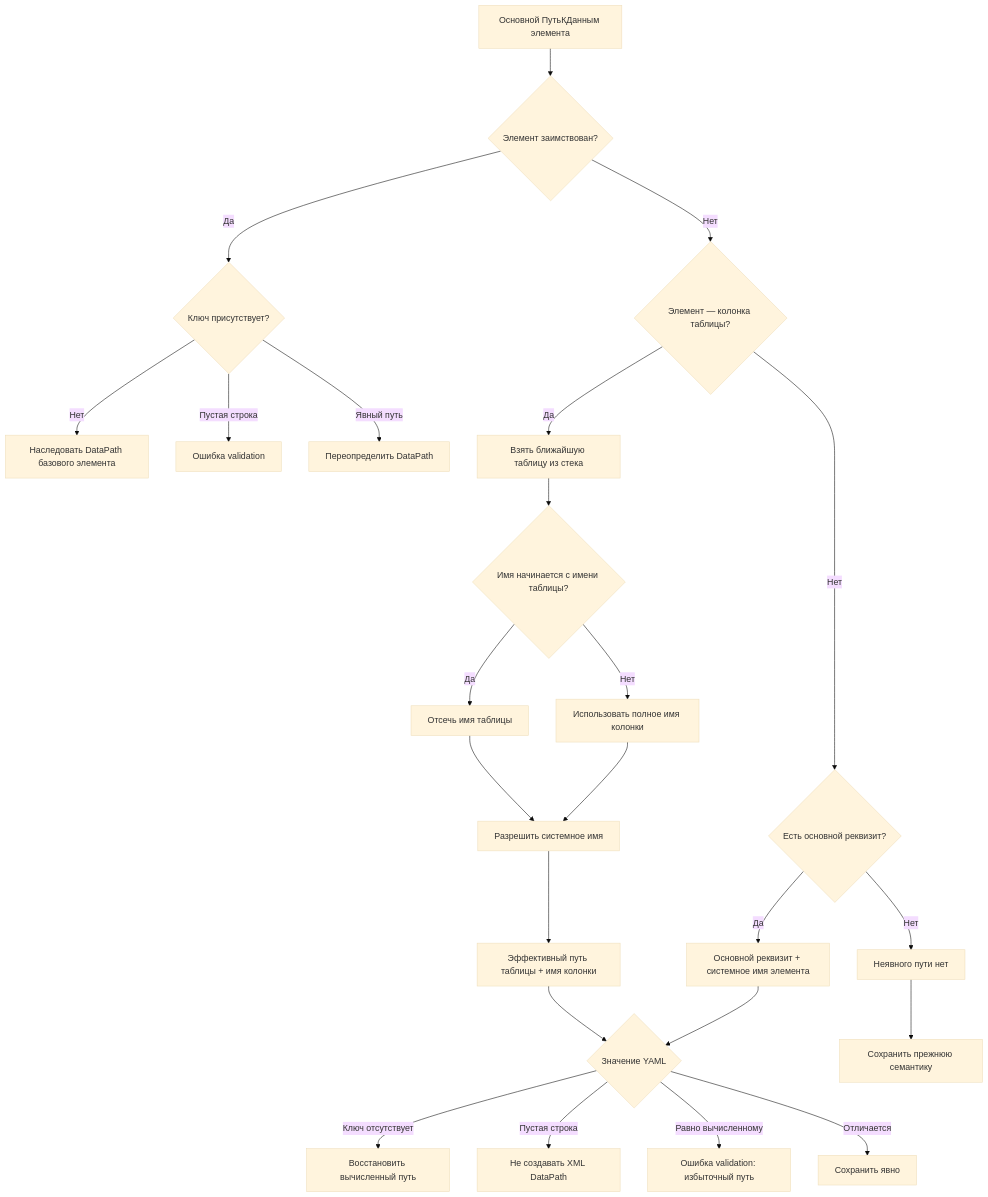
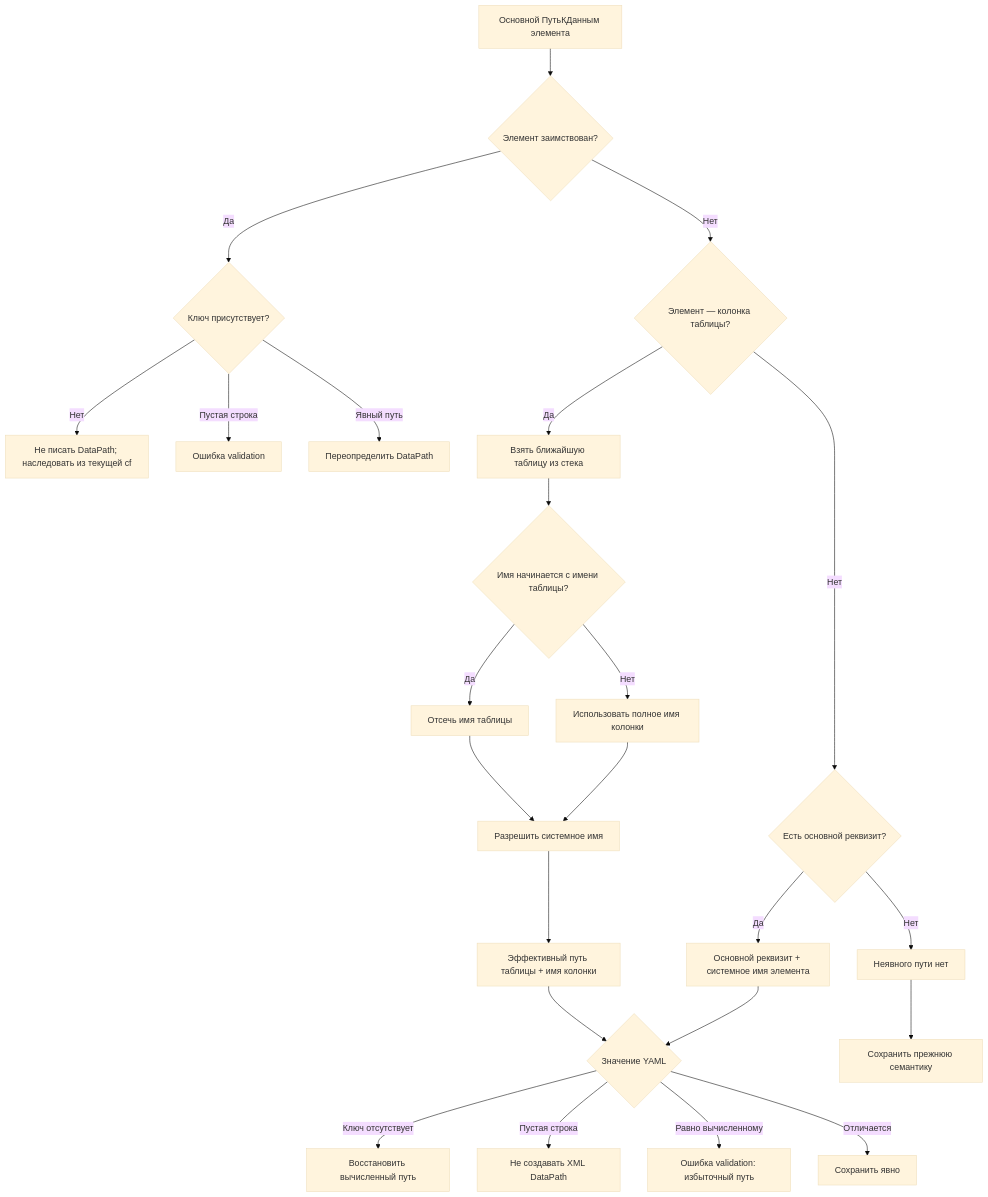
One commit to crimsongoldteam/nkdk changed the diagram in docs/superpowers/specs/2026-08-09-implicit-form-data-paths-design.md. Above: the diagram before and after it, drawn with Mermaid (base theme). The commit also changed other lines of this file, not shown here.

````diff
--- a/docs/superpowers/specs/2026-08-09-implicit-form-data-paths-design.md
+++ b/docs/superpowers/specs/2026-08-09-implicit-form-data-paths-design.md
@@ -235,29 +261,29 @@
 ```mermaid
 flowchart TD
     A["Основной ПутьКДанным элемента"] --> B{"Элемент заимствован?"}
     B -->|Да| C{"Ключ присутствует?"}
-    C -->|Нет| D["Наследовать DataPath базового элемента"]
+    C -->|Нет| D["Не писать DataPath; наследовать из текущей cf"]
     C -->|Пустая строка| E["Ошибка validation"]
     C -->|Явный путь| F["Переопределить DataPath"]
 
     B -->|Нет| G{"Элемент — колонка таблицы?"}
     G -->|Да| H["Взять ближайшую таблицу из стека"]
     H --> I{"Имя начинается с имени таблицы?"}
     I -->|Да| J["Отсечь имя таблицы"]
     I -->|Нет| K["Использовать полное имя колонки"]
     J --> L["Разрешить системное имя"]
     K --> L
     L --> M["Эффективный путь таблицы + имя колонки"]
 
     G -->|Нет| N{"Есть основной реквизит?"}
     N -->|Да| O["Основной реквизит + системное имя элемента"]
     N -->|Нет| P["Неявного пути нет"]
     P --> V["Сохранить прежнюю семантику"]
 
     M --> Q{"Значение YAML"}
     O --> Q
     Q -->|Ключ отсутствует| R["Восстановить вычисленный путь"]
     Q -->|Пустая строка| S["Не создавать XML DataPath"]
     Q -->|Равно вычисленному| T["Ошибка validation: избыточный путь"]
     Q -->|Отличается| U["Сохранить явно"]
 ```
````
